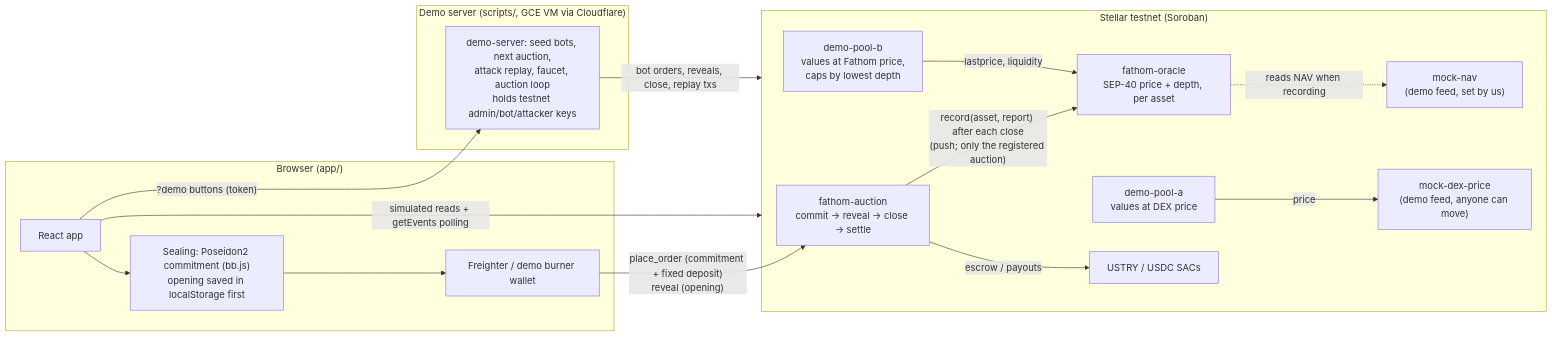
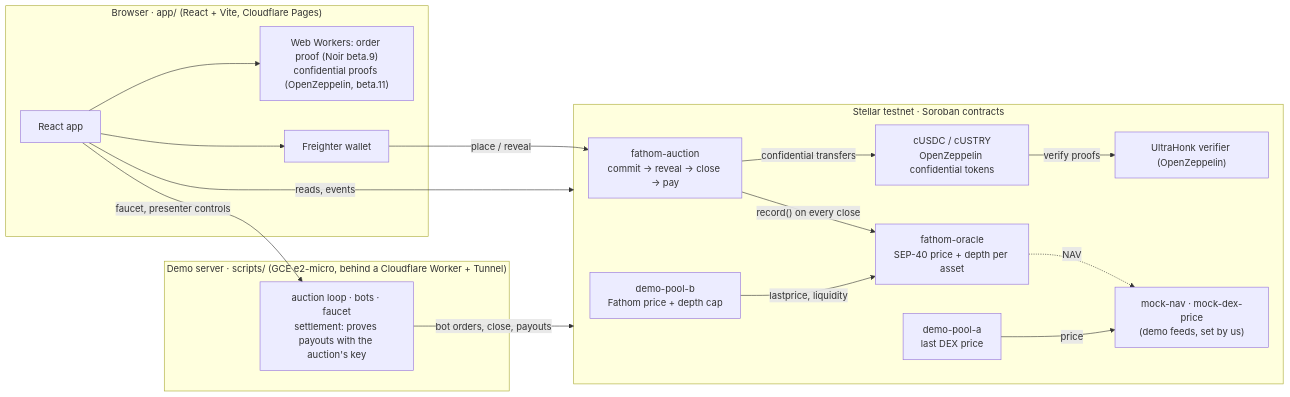
Before and after one commit to celadari/fathom-hack-meridian-2026: the third of 3 diagrams in README.md, drawn with Mermaid. The commit also changed other lines of this file and 10 other files, not shown here.

Commit message:
README: problem first (thin-DEX pricing, Feb 2026 exploit), the idea, how it works, what is hidden, app tour with screenshots, architecture, repo structure, then run/reference; logo and banner

````diff
--- a/README.md
+++ b/README.md
@@ -15,30 +135,32 @@
 ```mermaid
 flowchart LR
-  subgraph Browser["Browser (app/)"]
+  subgraph Browser["Browser · app/ (React + Vite, Cloudflare Pages)"]
     UI["React app"]
-    Seal["Sealing: Poseidon2 commitment (bb.js)<br/>opening saved in localStorage first"]
-    W["Freighter / demo burner wallet"]
+    ZK["Web Workers: order proof (Noir beta.9)<br/>confidential proofs (OpenZeppelin, beta.11)"]
+    W["Freighter wallet"]
   end
-  subgraph Stellar["Stellar testnet (Soroban)"]
-    A["fathom-auction<br/>commit → reveal → close → settle"]
-    O["fathom-oracle<br/>SEP-40 price + depth, per asset"]
-    NAV["mock-nav<br/>(demo feed, set by us)"]
-    DEX["mock-dex-price<br/>(demo feed, anyone can move)"]
-    PA["demo-pool-a<br/>values at DEX price"]
-    PB["demo-pool-b<br/>values at Fathom price,<br/>caps by lowest depth"]
-    TOK["USTRY / USDC SACs"]
+  subgraph Stellar["Stellar testnet · Soroban contracts"]
+    A["fathom-auction<br/>commit → reveal → close → pay"]
+    O["fathom-oracle<br/>SEP-40 price + depth per asset"]
+    CT["cUSDC / cUSTRY<br/>OpenZeppelin confidential tokens"]
+    V["UltraHonk verifier (OpenZeppelin)"]
+    PB["demo-pool-b<br/>Fathom price + depth cap"]
+    PA["demo-pool-a<br/>last DEX price"]
+    FEEDS["mock-nav · mock-dex-price<br/>(demo feeds, set by us)"]
   end
-  subgraph Host["Demo server (scripts/, GCE VM via Cloudflare)"]
-    DS["demo-server: seed bots, next auction,<br/>attack replay, faucet, auction loop<br/>holds testnet admin/bot/attacker keys"]
+  subgraph Server["Demo server · scripts/ (GCE e2-micro, behind a Cloudflare Worker + Tunnel)"]
+    LOOP["auction loop · bots · faucet<br/>settlement: proves payouts with the auction's key"]
   end
-  UI --> Seal --> W
-  W -- "place_order (commitment + fixed deposit)<br/>reveal (opening)" --> A
-  A -- "escrow / payouts" --> TOK
-  A -- "record(asset, report) after each close<br/>(push; only the registered auction)" --> O
-  O -. "reads NAV when recording" .-> NAV
+  UI --> ZK
+  UI --> W
+  W -- "place / reveal" --> A
+  A -- "confidential transfers" --> CT
+  CT -- "verify proofs" --> V
+  A -- "record() on every close" --> O
+  O -. "NAV" .-> FEEDS
   PB -- "lastprice, liquidity" --> O
-  PA -- "price" --> DEX
-  UI -- "simulated reads + getEvents polling" --> Stellar
-  UI -- "?demo buttons (token)" --> DS
-  DS -- "bot orders, reveals, close, replay txs" --> Stellar
+  PA -- "price" --> FEEDS
+  UI -- "reads, events" --> Stellar
+  UI -- "faucet, presenter controls" --> LOOP
+  LOOP -- "bot orders, close, payouts" --> Stellar
 ```
````
